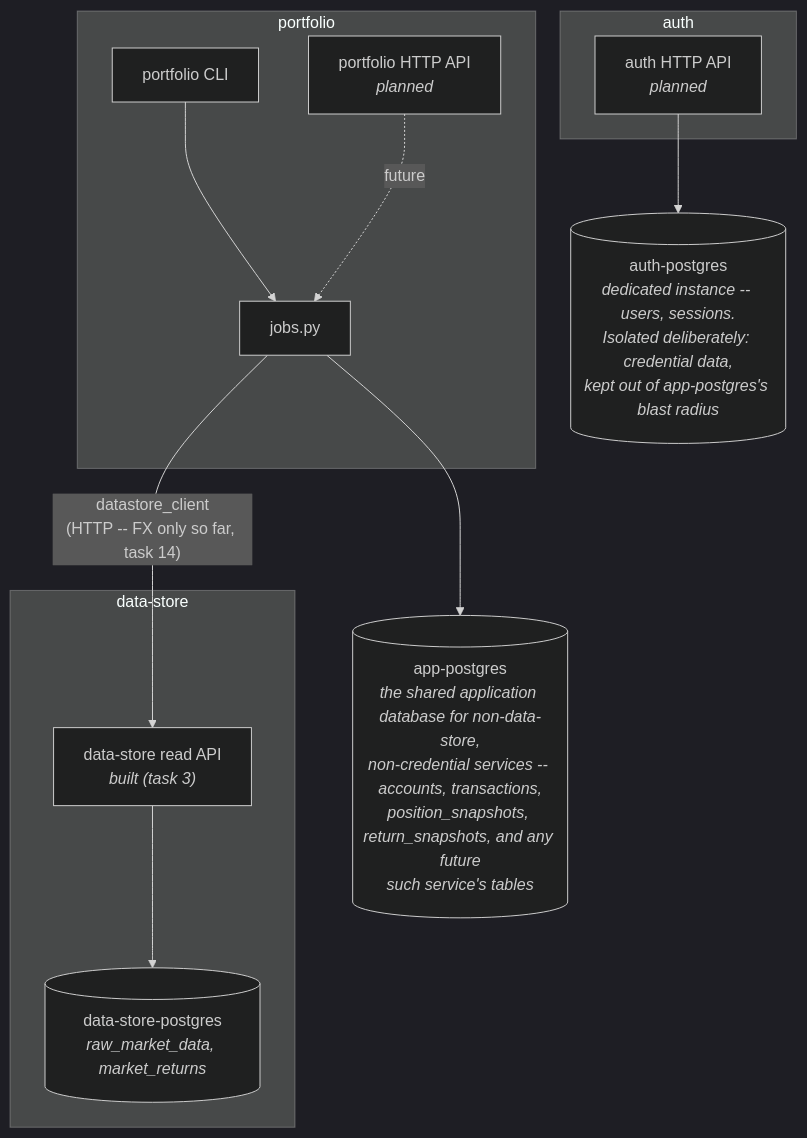
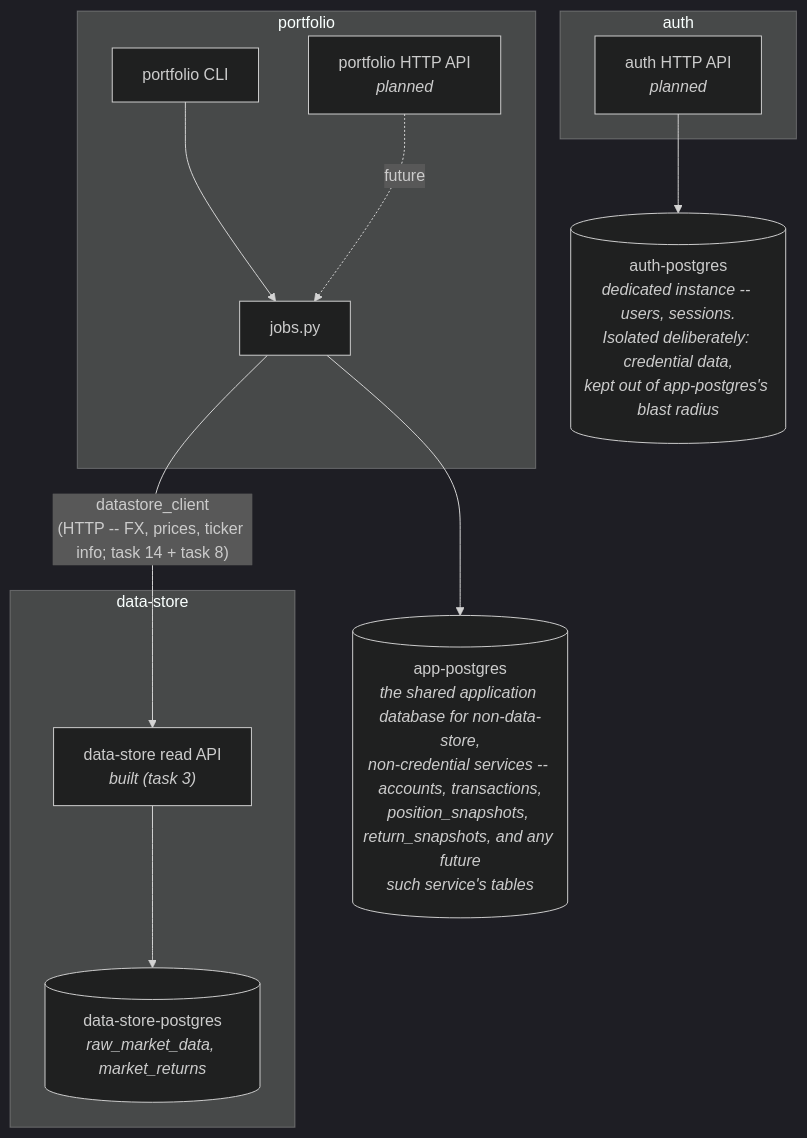
Before and after one commit to jpedropereira/Stakehold: the second of 2 diagrams in services/portfolio/docs/architecture.md, drawn with Mermaid (dark theme). The commit also changed other lines of this file and 21 other files, not shown here.

````diff
--- a/services/portfolio/docs/architecture.md
+++ b/services/portfolio/docs/architecture.md
@@ -693,28 +740,28 @@
 ```mermaid
 flowchart TB
     subgraph pf["portfolio"]
         PCLI["portfolio CLI"]
         PAPI["portfolio HTTP API<br/><i>planned</i>"]
         PJOBS["jobs.py"]
     end
 
     APPDB[("app-postgres<br/><i>the shared application database for non-data-store,<br/>non-credential services -- accounts, transactions,<br/>position_snapshots, return_snapshots, and any future<br/>such service's tables</i>")]
 
     subgraph ds["data-store"]
         DSAPI["data-store read API<br/><i>built (task 3)</i>"]
         DSDB[("data-store-postgres<br/><i>raw_market_data, market_returns</i>")]
     end
 
     subgraph au["auth"]
         AUAPI["auth HTTP API<br/><i>planned</i>"]
     end
 
     AUDB[("auth-postgres<br/><i>dedicated instance -- users, sessions.<br/>Isolated deliberately: credential data,<br/>kept out of app-postgres's blast radius</i>")]
 
     PCLI --> PJOBS
     PAPI -.future.-> PJOBS
     PJOBS --> APPDB
-    PJOBS -->|"datastore_client<br/>(HTTP -- FX only so far, task 14)"| DSAPI
+    PJOBS -->|"datastore_client<br/>(HTTP -- FX, prices, ticker info; task 14 + task 8)"| DSAPI
     DSAPI --> DSDB
     AUAPI --> AUDB
 ```
````
